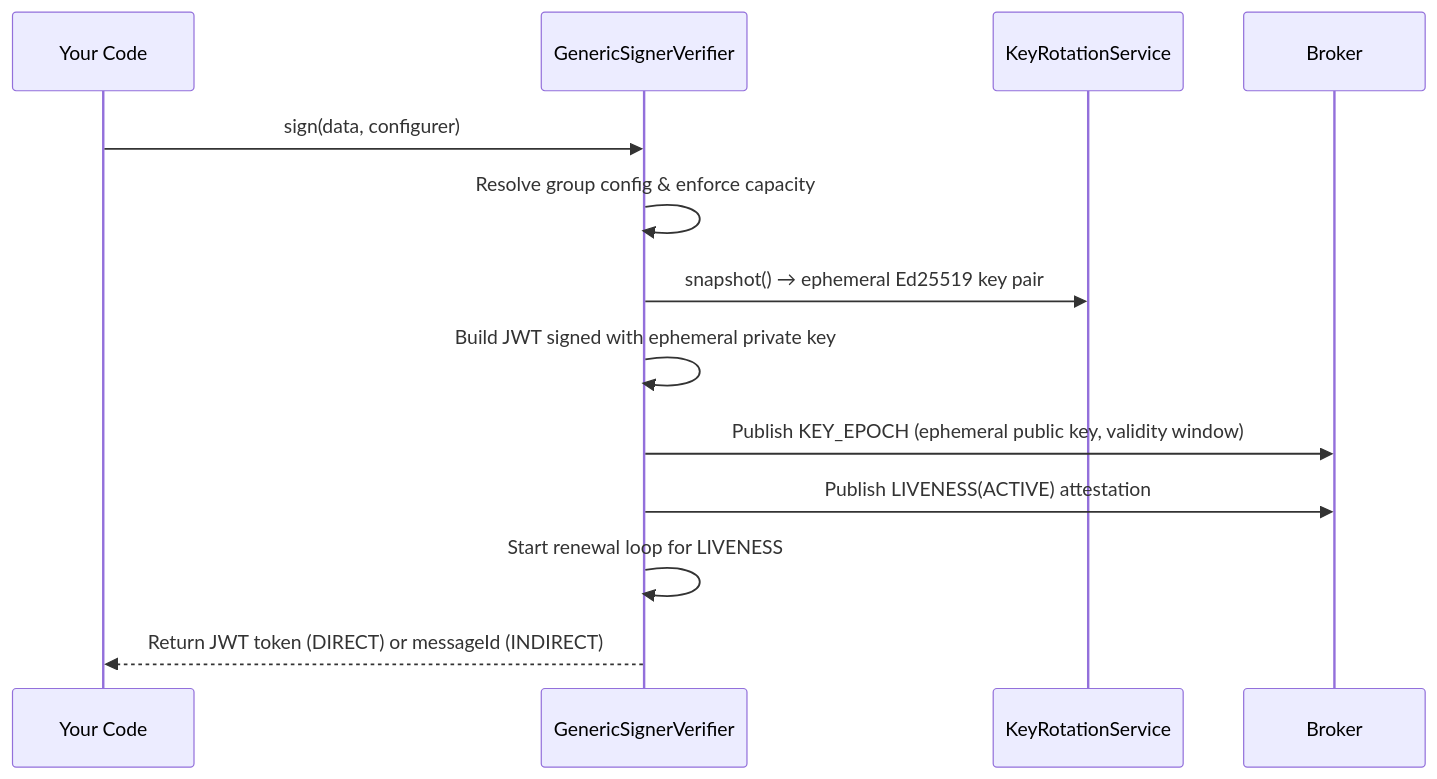
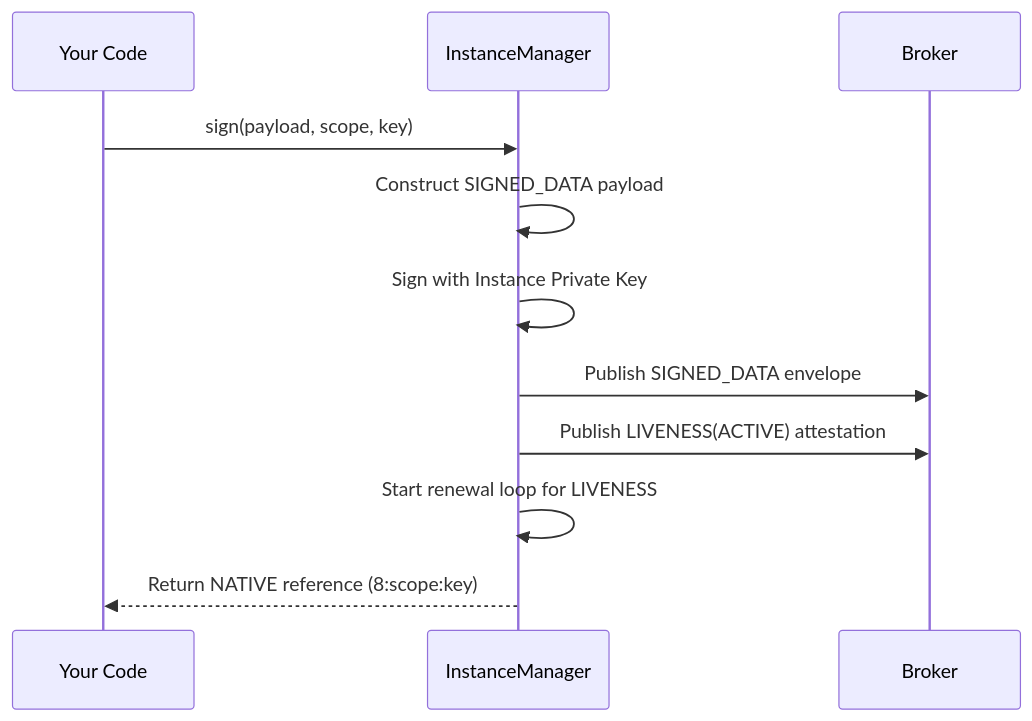
One commit to cyfko/veridot changed the second of 3 diagrams in docs/docs/getting-started/how-it-works.md. Above: the diagram before and after it, drawn with Mermaid. The commit also changed other lines of this file and 84 other files, not shown here.

Commit message:
docs: complete Protocol V5 documentation rewrite (including premium diagrams)

````diff
--- a/docs/docs/getting-started/how-it-works.md
+++ b/docs/docs/getting-started/how-it-works.md
@@ -80,16 +80,14 @@
 ```mermaid
 sequenceDiagram
     participant App as Your Code
-    participant GSV as GenericSignerVerifier
-    participant KRS as KeyRotationService
+    participant IM as InstanceManager
     participant Broker as Broker
 
-    App->>GSV: sign(data, configurer)
-    GSV->>GSV: Resolve group config & enforce capacity
-    GSV->>KRS: snapshot() → ephemeral Ed25519 key pair
-    GSV->>GSV: Build JWT signed with ephemeral private key
-    GSV->>Broker: Publish KEY_EPOCH (ephemeral public key, validity window)
-    GSV->>Broker: Publish LIVENESS(ACTIVE) attestation
-    GSV->>GSV: Start renewal loop for LIVENESS
-    GSV-->>App: Return JWT token (DIRECT) or messageId (INDIRECT)
+    App->>IM: sign(payload, scope, key)
+    IM->>IM: Construct SIGNED_DATA payload
+    IM->>IM: Sign with Instance Private Key
+    IM->>Broker: Publish SIGNED_DATA envelope
+    IM->>Broker: Publish LIVENESS(ACTIVE) attestation
+    IM->>IM: Start renewal loop for LIVENESS
+    IM-->>App: Return NATIVE reference (8:scope:key)
 ```
````
